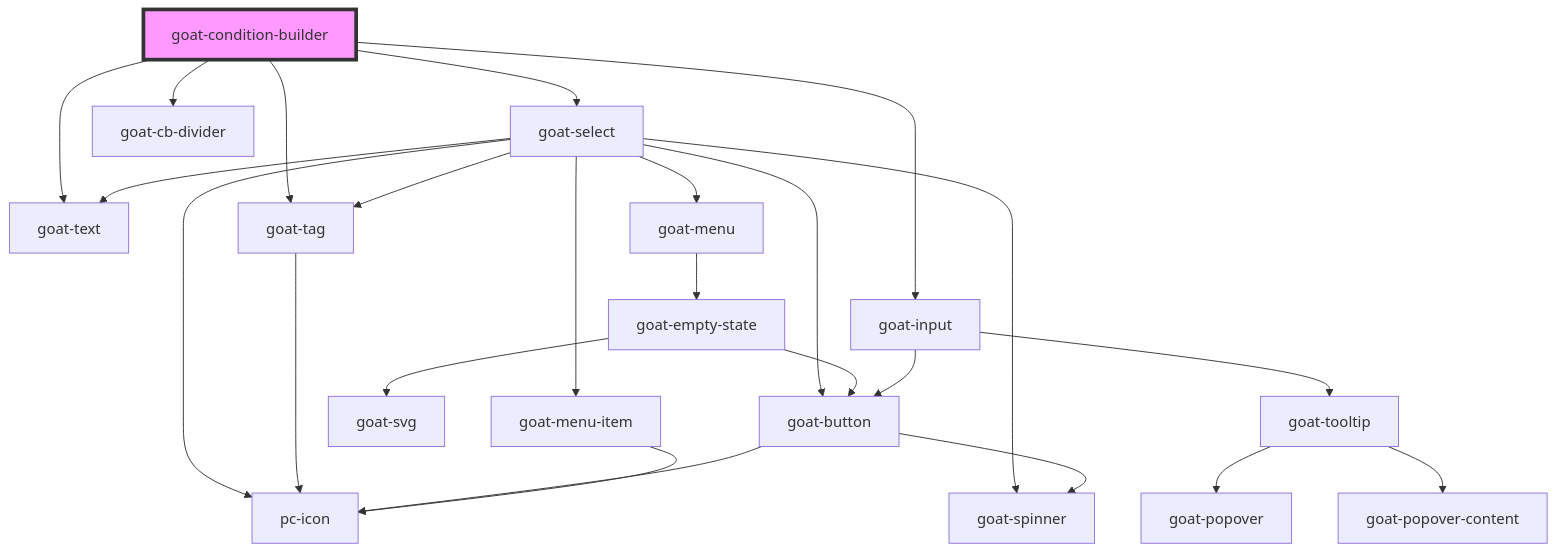
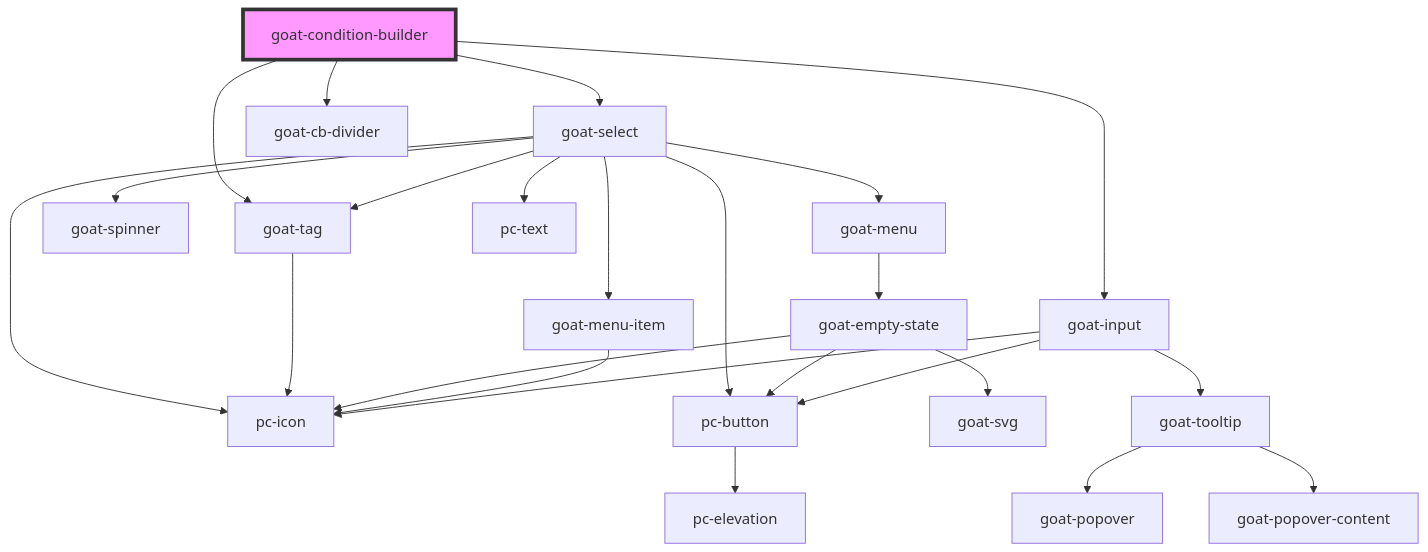
One commit to redvars/peacock changed the diagram in src/components/application/condition-builder/condition-builder/readme.md. Above: the diagram before and after it, drawn with Mermaid. The commit also changed other lines of this file and 280 other files, not shown here.

````diff
--- a/src/components/application/condition-builder/condition-builder/readme.md
+++ b/src/components/application/condition-builder/condition-builder/readme.md
@@ -26,27 +25,27 @@
 ```mermaid
 graph TD;
   goat-condition-builder --> goat-select
   goat-condition-builder --> goat-input
-  goat-condition-builder --> goat-text
   goat-condition-builder --> goat-cb-divider
   goat-condition-builder --> goat-tag
   goat-select --> pc-icon
   goat-select --> goat-tag
-  goat-select --> goat-button
+  goat-select --> pc-button
   goat-select --> goat-spinner
   goat-select --> goat-menu
-  goat-select --> goat-text
+  goat-select --> pc-text
   goat-select --> goat-menu-item
   goat-tag --> pc-icon
-  goat-button --> goat-spinner
-  goat-button --> pc-icon
+  pc-button --> pc-elevation
   goat-menu --> goat-empty-state
   goat-empty-state --> goat-svg
-  goat-empty-state --> goat-button
+  goat-empty-state --> pc-button
+  goat-empty-state --> pc-icon
   goat-menu-item --> pc-icon
   goat-input --> goat-tooltip
-  goat-input --> goat-button
+  goat-input --> pc-button
+  goat-input --> pc-icon
   goat-tooltip --> goat-popover
   goat-tooltip --> goat-popover-content
   style goat-condition-builder fill:#f9f,stroke:#333,stroke-width:4px
 ```
````
